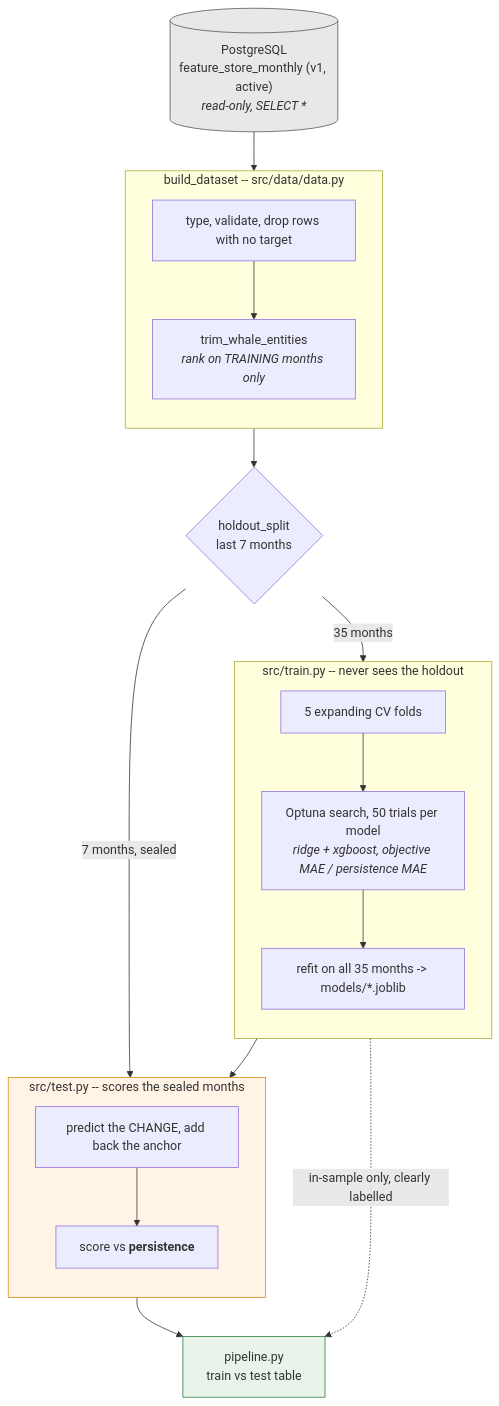
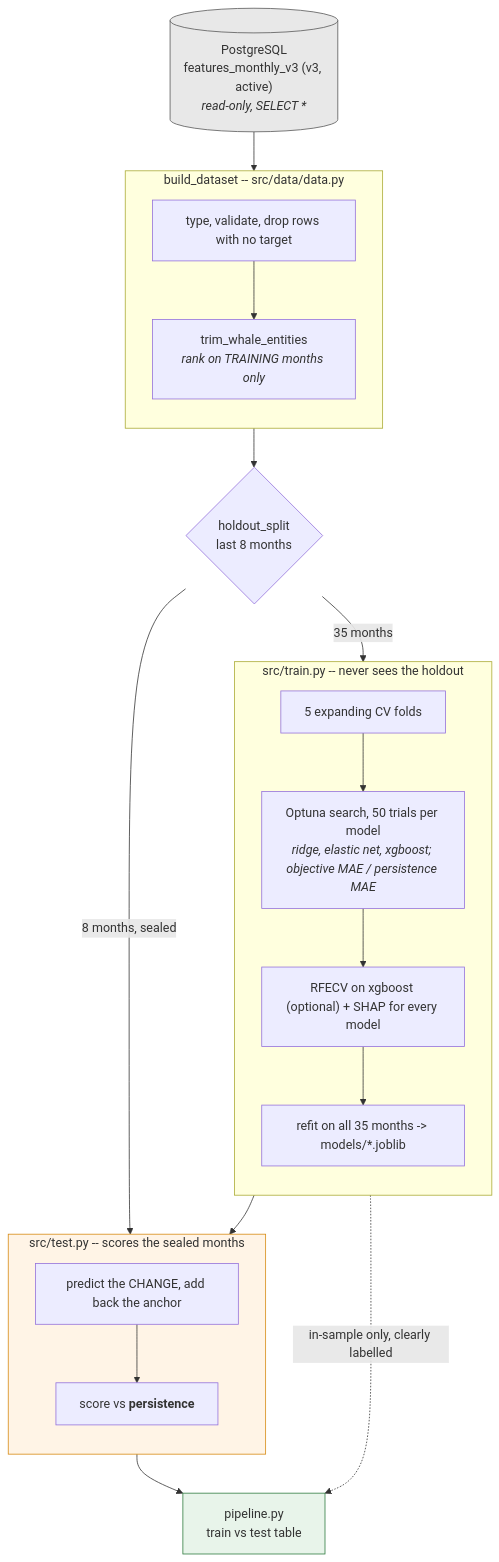
Before and after one commit to jam-makh/ml_prediction: the first of 2 diagrams in README.md, drawn with Mermaid. The commit also changed other lines of this file and 27 other files, not shown here.

````diff
--- a/README.md
+++ b/README.md
@@ -15,41 +15,42 @@
 ```mermaid
 flowchart TD
-    DB[("PostgreSQL<br/>feature_store_monthly (v1, active)<br/><i>read-only, SELECT *</i>")]
+    DB[("PostgreSQL<br/>features_monthly_v3 (v3, active)<br/><i>read-only, SELECT *</i>")]
     DB --> BUILD
 
     subgraph BUILD["build_dataset -- src/data/data.py"]
         direction TB
         B1["type, validate, drop rows with no target"]
         B2["trim_whale_entities<br/><i>rank on TRAINING months only</i>"]
         B1 --> B2
     end
 
-    BUILD --> CUT{"holdout_split<br/>last 7 months"}
+    BUILD --> CUT{"holdout_split<br/>last 8 months"}
 
     CUT -->|"35 months"| TRAIN
-    CUT -->|"7 months, sealed"| TEST
+    CUT -->|"8 months, sealed"| TEST
 
     subgraph TRAIN["src/train.py -- never sees the holdout"]
         direction TB
         T1["5 expanding CV folds"]
-        T2["Optuna search, 50 trials per model<br/><i>ridge + xgboost, objective MAE / persistence MAE</i>"]
+        T2["Optuna search, 50 trials per model<br/><i>ridge, elastic net, xgboost; objective MAE / persistence MAE</i>"]
+        T4["RFECV on xgboost (optional) + SHAP for every model"]
         T3["refit on all 35 months -> models/*.joblib"]
-        T1 --> T2 --> T3
+        T1 --> T2 --> T4 --> T3
     end
 
     TRAIN --> TEST
 
     subgraph TEST["src/test.py -- scores the sealed months"]
         direction TB
         S1["predict the CHANGE, add back the anchor"]
         S2["score vs <b>persistence</b>"]
         S1 --> S2
     end
 
     TEST --> TABLE["pipeline.py<br/>train vs test table"]
     TRAIN -.->|"in-sample only, clearly labelled"| TABLE
 
     style DB fill:#e8e8e8,stroke:#555
     style TEST fill:#fff4e6,stroke:#d68910
     style TABLE fill:#e8f4ea,stroke:#2d7a3e
 ```
````
